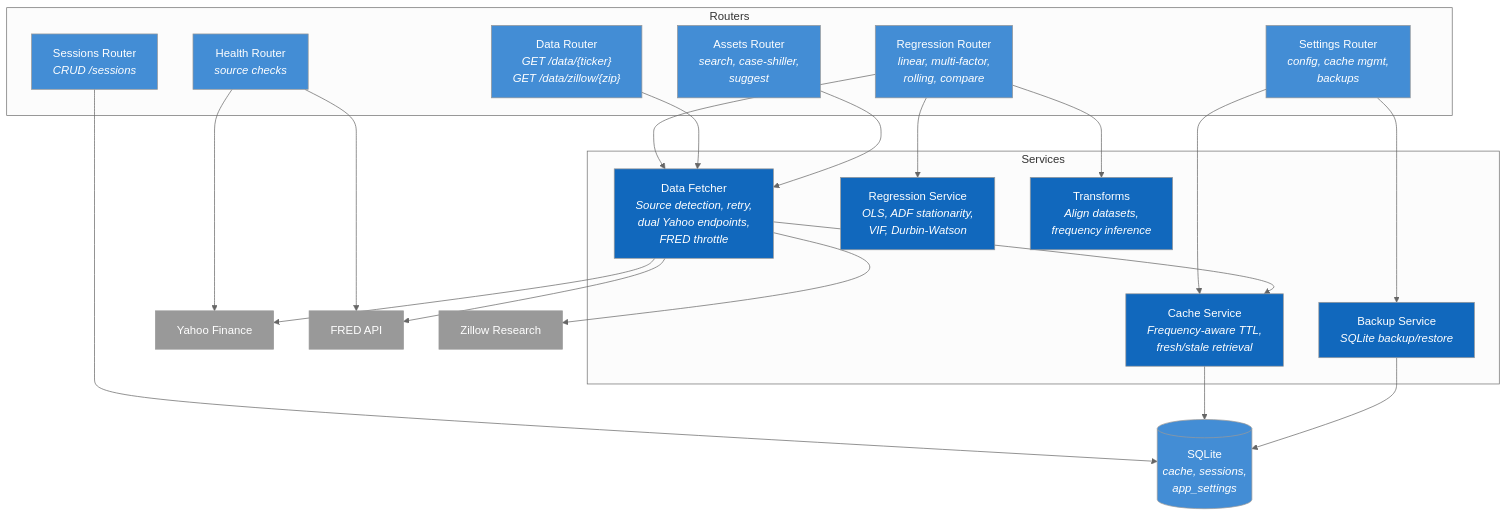
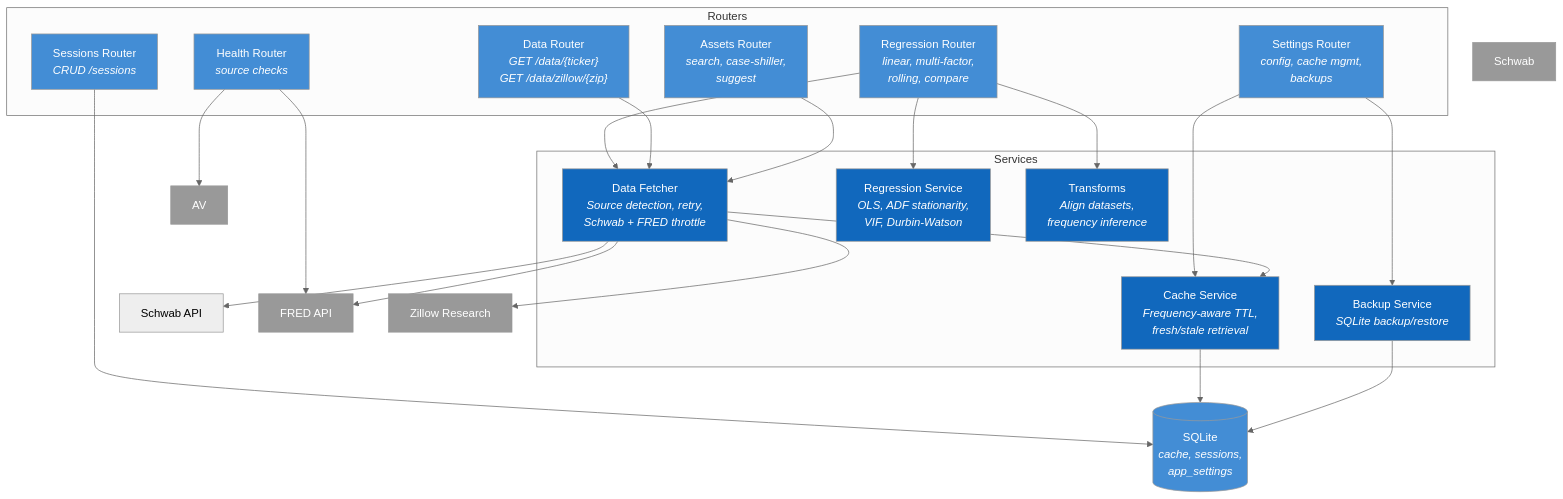
One commit to ssandy33/regress changed the third of 4 diagrams in README.md. Above: the diagram before and after it, drawn with Mermaid (neutral theme). The commit also changed other lines of this file and 19 other files, not shown here.

````diff
--- a/README.md
+++ b/README.md
@@ -142,58 +151,59 @@
 ```mermaid
 graph TB
     subgraph Routers
         RR["Regression Router<br/><i>linear, multi-factor,<br/>rolling, compare</i>"]
         DR["Data Router<br/><i>GET /data/{ticker}<br/>GET /data/zillow/{zip}</i>"]
         AR["Assets Router<br/><i>search, case-shiller,<br/>suggest</i>"]
         SR["Sessions Router<br/><i>CRUD /sessions</i>"]
         STR["Settings Router<br/><i>config, cache mgmt,<br/>backups</i>"]
         HR["Health Router<br/><i>source checks</i>"]
     end
 
     subgraph Services
-        DF["Data Fetcher<br/><i>Source detection, retry,<br/>dual Yahoo endpoints,<br/>FRED throttle</i>"]
+        DF["Data Fetcher<br/><i>Source detection, retry,<br/>Schwab + FRED throttle</i>"]
         RS["Regression Service<br/><i>OLS, ADF stationarity,<br/>VIF, Durbin-Watson</i>"]
         CS["Cache Service<br/><i>Frequency-aware TTL,<br/>fresh/stale retrieval</i>"]
         BS["Backup Service<br/><i>SQLite backup/restore</i>"]
         TR["Transforms<br/><i>Align datasets,<br/>frequency inference</i>"]
     end
 
     DB[("SQLite<br/><i>cache, sessions,<br/>app_settings</i>")]
-    Yahoo["Yahoo Finance"]
+    Schwab2["Schwab API"]
     FRED["FRED API"]
     Zillow["Zillow Research"]
 
     RR --> RS
     RR --> DF
     RR --> TR
     DR --> DF
     AR --> DF
     SR --> DB
     STR --> CS
     STR --> BS
-    HR --> Yahoo
+    HR --> AV
     HR --> FRED
 
     DF --> CS
-    DF --> Yahoo
+    DF --> Schwab2
     DF --> FRED
     DF --> Zillow
     CS --> DB
     BS --> DB
 
     style RR fill:#438DD5,color:#fff
     style DR fill:#438DD5,color:#fff
     style AR fill:#438DD5,color:#fff
     style SR fill:#438DD5,color:#fff
     style STR fill:#438DD5,color:#fff
     style HR fill:#438DD5,color:#fff
     style DF fill:#1168BD,color:#fff
     style RS fill:#1168BD,color:#fff
     style CS fill:#1168BD,color:#fff
     style BS fill:#1168BD,color:#fff
     style TR fill:#1168BD,color:#fff
     style DB fill:#438DD5,color:#fff
-    style Yahoo fill:#999,color:#fff
+    style Schwab fill:#999,color:#fff
+    style AV fill:#999,color:#fff
     style FRED fill:#999,color:#fff
     style Zillow fill:#999,color:#fff
 ```
````
